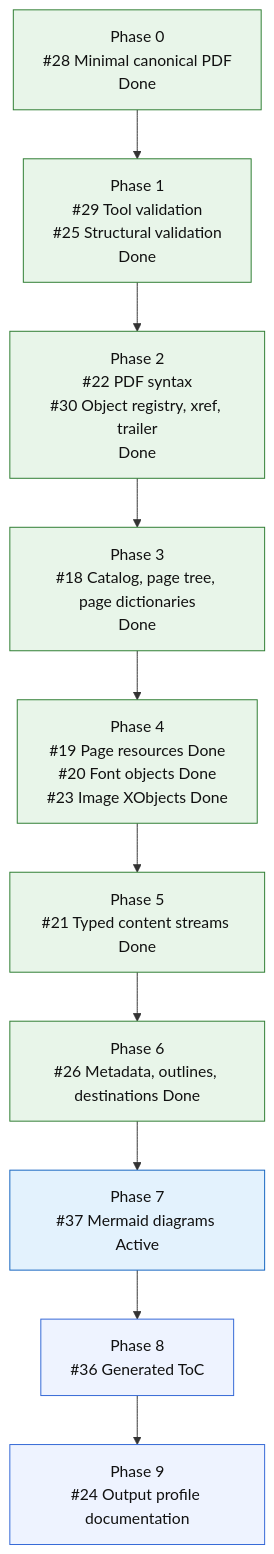
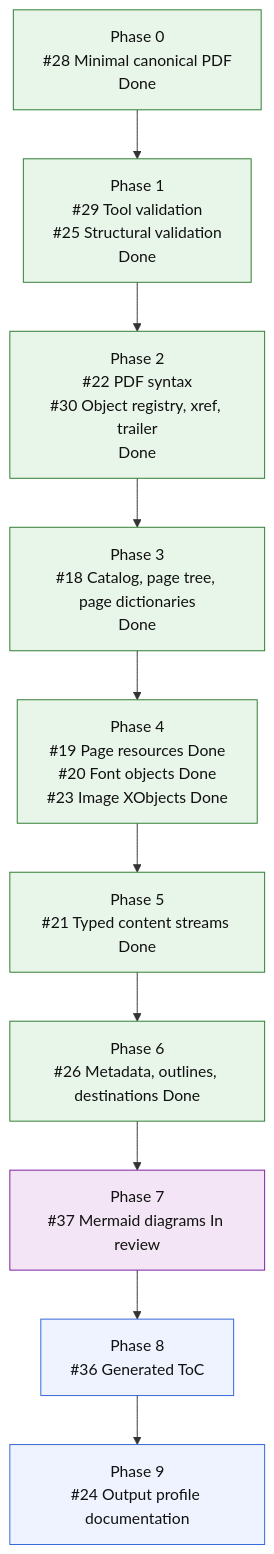
Before and after one commit to mihaelamj/MarkdownPDF: the diagram in README.md, drawn with Mermaid.

Commit message:
docs(roadmap): mark Mermaid diagrams in review

````diff
--- a/README.md
+++ b/README.md
@@ -127,24 +127,24 @@
 ```mermaid
 flowchart TD
     P0["Phase 0<br/>#28 Minimal canonical PDF<br/>Done"]
     P1["Phase 1<br/>#29 Tool validation<br/>#25 Structural validation<br/>Done"]
     P2["Phase 2<br/>#22 PDF syntax<br/>#30 Object registry, xref, trailer<br/>Done"]
     P3["Phase 3<br/>#18 Catalog, page tree, page dictionaries<br/>Done"]
     P4["Phase 4<br/>#19 Page resources Done<br/>#20 Font objects Done<br/>#23 Image XObjects Done"]
     P5["Phase 5<br/>#21 Typed content streams Done"]
     P6["Phase 6<br/>#26 Metadata, outlines, destinations Done"]
-    P7["Phase 7<br/>#37 Mermaid diagrams Active"]
+    P7["Phase 7<br/>#37 Mermaid diagrams In review"]
     P8["Phase 8<br/>#36 Generated ToC"]
     P9["Phase 9<br/>#24 Output profile documentation"]
 
     P0 --> P1 --> P2 --> P3 --> P4 --> P5 --> P6 --> P7 --> P8 --> P9
 
     classDef done fill:#e8f5e9,stroke:#2e7d32,color:#111;
     classDef active fill:#e3f2fd,stroke:#1565c0,color:#111;
     classDef review fill:#f3e5f5,stroke:#7b1fa2,color:#111;
     classDef next fill:#fff8e1,stroke:#f9a825,color:#111;
     classDef todo fill:#eef3ff,stroke:#3367d6,color:#111;
     class P0,P1,P2,P3,P4,P5,P6 done;
-    class P7 active;
+    class P7 review;
     class P8,P9 todo;
 ```
````
